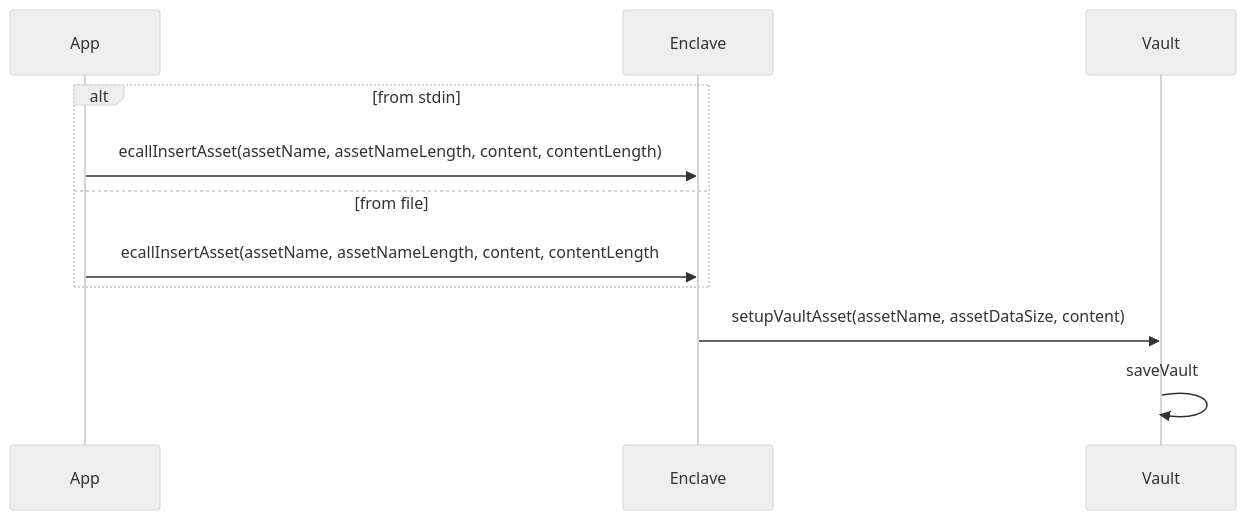
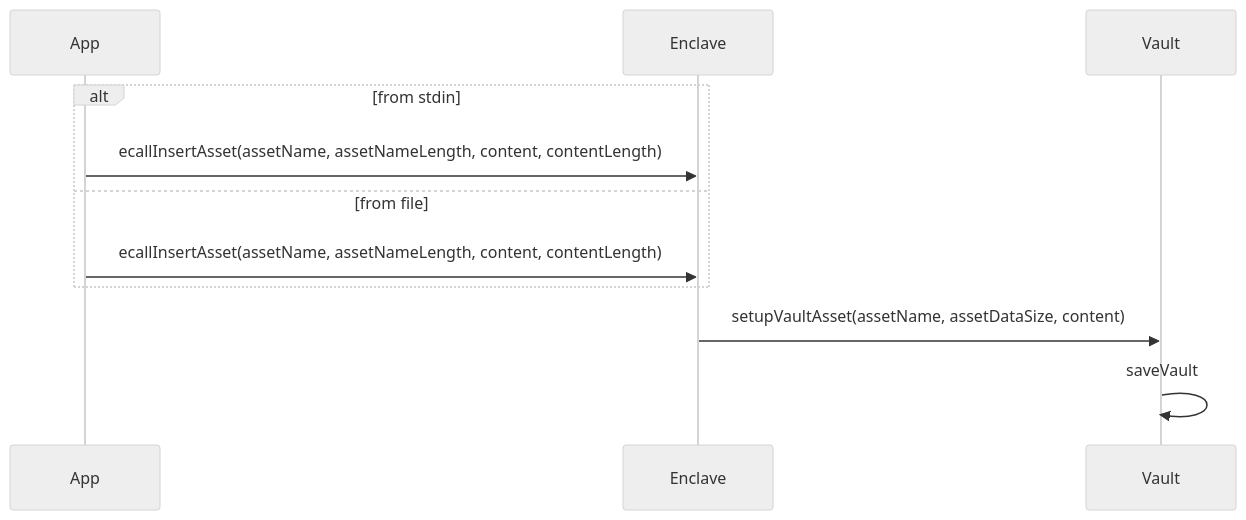
One commit to diogoftm/TPDV changed the third of 11 diagrams in docs/report.md. Above: the diagram before and after it, drawn with Mermaid (neutral theme). The commit also changed other lines of this file and 3 other files, not shown here.

````diff
--- a/docs/report.md
+++ b/docs/report.md
@@ -69,11 +69,11 @@
-```mermaid
+```{.mermaid caption="Insert asset vault flow"}
 sequenceDiagram
     alt from stdin
         App ->> Enclave: ecallInsertAsset(assetName, assetNameLength, content, contentLength)
     else from file
-        App ->> Enclave: ecallInsertAsset(assetName, assetNameLength, content, contentLength
+        App ->> Enclave: ecallInsertAsset(assetName, assetNameLength, content, contentLength)
     end
     Enclave ->> Vault: setupVaultAsset(assetName, assetDataSize, content)
     Vault ->> Vault:saveVault
     
 ```
````
